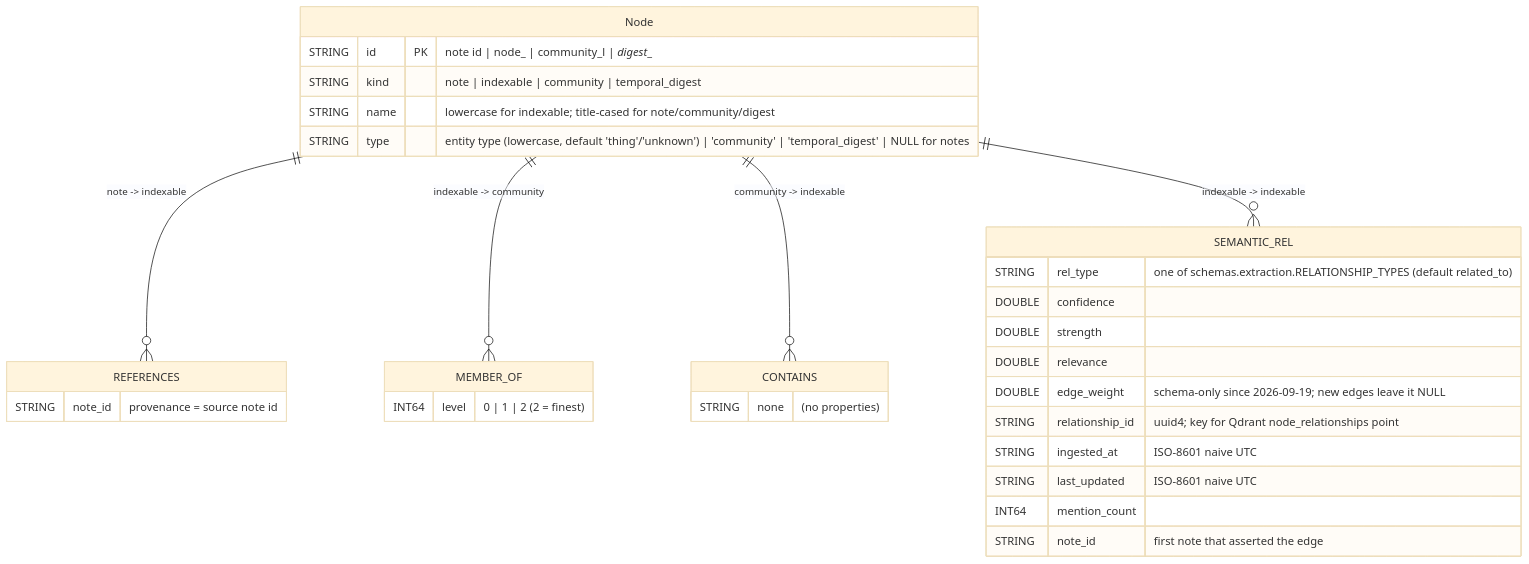
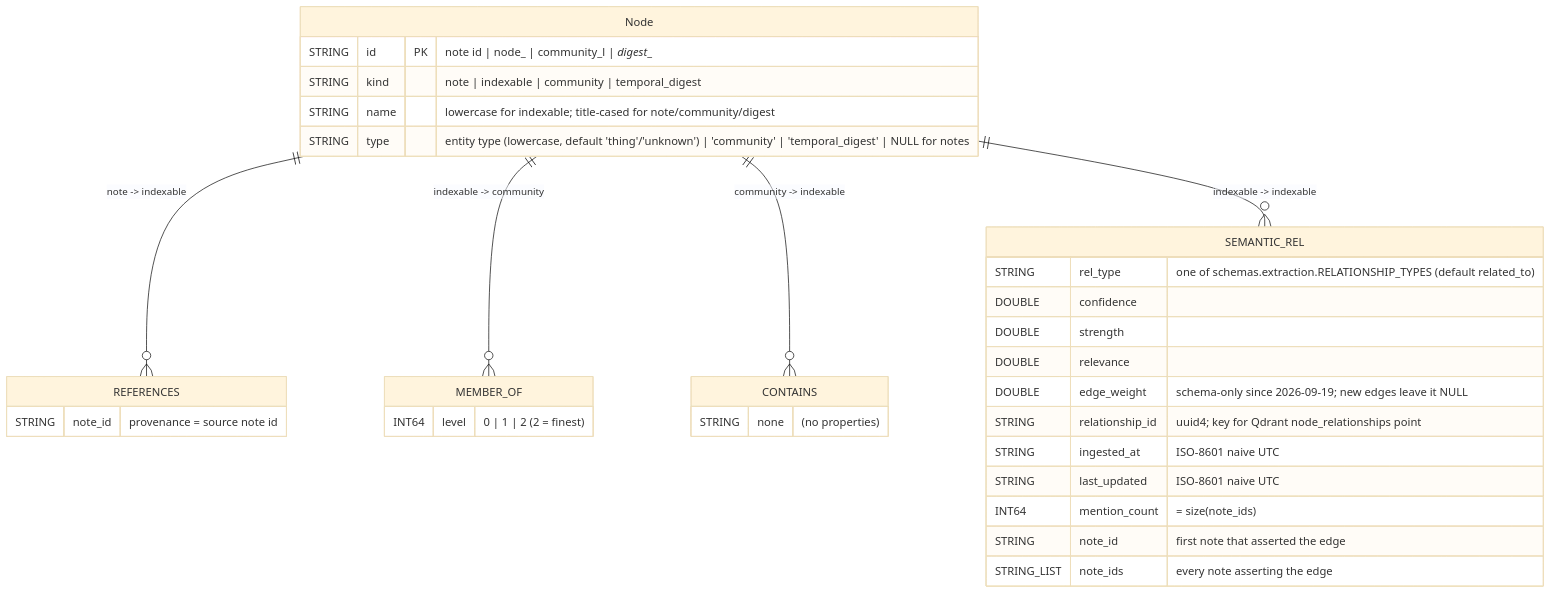
One commit to josetseph/Orb changed the second of 3 diagrams in Docs/14-graph-storage-kuzu.md. Above: the diagram before and after it, drawn with Mermaid (base theme). The commit also changed other lines of this file and 60 other files, not shown here.

````diff
--- a/Docs/14-graph-storage-kuzu.md
+++ b/Docs/14-graph-storage-kuzu.md
@@ -72,34 +72,35 @@
 ```mermaid
 erDiagram
     Node {
         STRING id PK "note id | node_<uuid4> | community_l<L>_<hex> | digest_<period>_<key>"
         STRING kind "note | indexable | community | temporal_digest"
         STRING name "lowercase for indexable; title-cased for note/community/digest"
         STRING type "entity type (lowercase, default 'thing'/'unknown') | 'community' | 'temporal_digest' | NULL for notes"
     }
     Node ||--o{ REFERENCES : "note -> indexable"
     REFERENCES {
         STRING note_id "provenance = source note id"
     }
     Node ||--o{ MEMBER_OF : "indexable -> community"
     MEMBER_OF {
         INT64 level "0 | 1 | 2 (2 = finest)"
     }
     Node ||--o{ CONTAINS : "community -> indexable"
     CONTAINS {
         STRING none "(no properties)"
     }
     Node ||--o{ SEMANTIC_REL : "indexable -> indexable"
     SEMANTIC_REL {
         STRING rel_type "one of schemas.extraction.RELATIONSHIP_TYPES (default related_to)"
         DOUBLE confidence
         DOUBLE strength
         DOUBLE relevance
         DOUBLE edge_weight "schema-only since 2026-09-19; new edges leave it NULL"
         STRING relationship_id "uuid4; key for Qdrant node_relationships point"
         STRING ingested_at "ISO-8601 naive UTC"
         STRING last_updated "ISO-8601 naive UTC"
-        INT64 mention_count
+        INT64 mention_count "= size(note_ids)"
         STRING note_id "first note that asserted the edge"
+        STRING_LIST note_ids "every note asserting the edge"
     }
 ```
````
